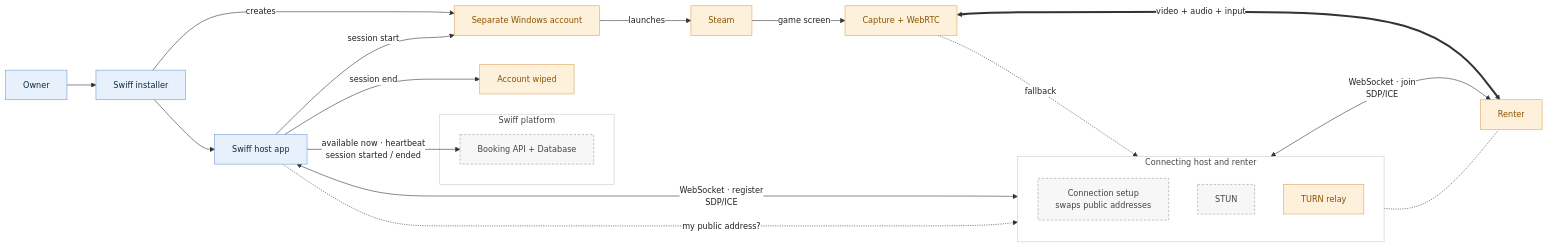
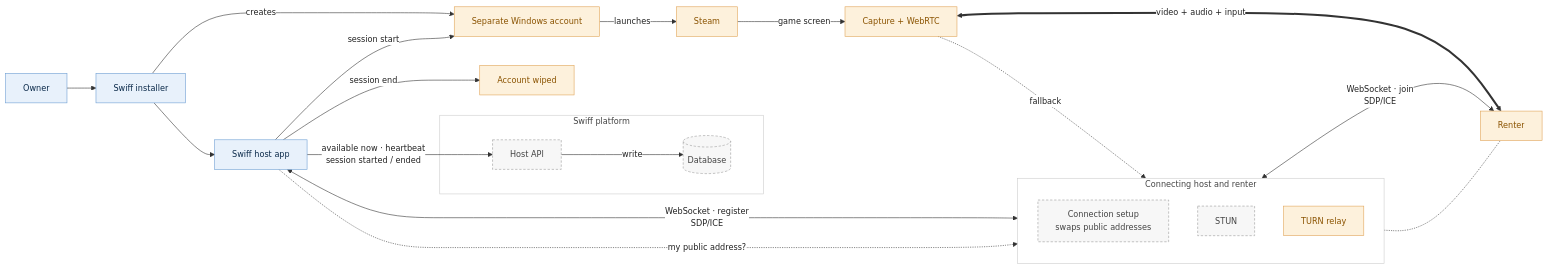
Before and after one commit to tomnotthomas/distributed_gaming: the diagram in docs/diagrams/host-isolation.mmd, drawn with Mermaid. The commit also changed 3 other files, not shown here.

First line of the commit message:
docs(diagrams): route the gaming PC through a Host API, not straight into the database

```diff
--- a/docs/diagrams/host-isolation.mmd
+++ b/docs/diagrams/host-isolation.mmd
@@ -1,64 +1,66 @@
 ---
 config:
   theme: base
   flowchart:
     curve: basis
     htmlLabels: true
   themeVariables:
     fontFamily: "Helvetica Neue, Helvetica, Arial, sans-serif"
     fontSize: 14px
     edgeLabelBackground: "#ffffff"
     lineColor: "#333333"
     primaryTextColor: "#222222"
   themeCSS: >-
     .edgeLabel, .edgeLabel p, .edgeLabel span, .labelBkg { background: #fff !important; background-color: #fff !important; }
     .edgeLabel p, .edgeLabel span { color: #555; font-size: 13px; }
     .edgeLabel rect { fill: #fff !important; opacity: 1 !important; }
     svg, text, span, p, div { font-family: "Helvetica Neue", Helvetica, Arial, sans-serif !important; }
 ---
 flowchart LR
   Owner["Owner"]
   Installer["Swiff installer"]
   HostApp["Swiff host app"]
   Account["Separate Windows account"]
   Steam["Steam"]
   Capture["Capture + WebRTC"]
   Wiped["Account wiped"]
   subgraph Platform["Swiff platform"]
-    API["Booking API + Database"]
+    API["Host API"]
+    DB[("Database")]
   end
   subgraph Connect["Connecting host and renter"]
     direction TB
     SIG["Connection setup<br/>swaps public addresses"]
     STUN
     TURN
   end
   STUN["STUN"]
   TURN["TURN relay"]
   Renter["Renter"]
 
   Owner --> Installer
   Installer -- "creates" --> Account
   Installer --> HostApp
   HostApp -- "session start" --> Account
   HostApp -- "session end" --> Wiped
   Account -- "launches" --> Steam
   Steam -- "game screen" --> Capture
   HostApp -- "available now · heartbeat<br/>session started / ended" --> API
+  API -- "write" --> DB
   HostApp <-- "WebSocket · register<br/>SDP/ICE" --> SIG
   SIG <-- "WebSocket · join<br/>SDP/ICE" --> Renter
   HostApp -. "my public address?" .-> STUN
   Capture -. "fallback" .-> TURN
   TURN -.- Renter
   Capture <== "video + audio + input" ==> Renter
 
   classDef owner fill:#e8f1fb,stroke:#6d9ed3,color:#0b2a4a
   classDef session fill:#fdf1dc,stroke:#e0a458,color:#8a5300
   classDef platform fill:#f7f7f7,stroke:#999,stroke-dasharray:4 3,color:#444
   class Owner,Installer,HostApp owner
   class Account,Steam,Capture,Wiped,Renter session
-  class API,SIG,STUN platform
+  class API,DB,SIG,STUN platform
   classDef turn fill:#fdf1dc,stroke:#e0a458,color:#8a5300
   class TURN turn
   style Platform fill:#ffffff,stroke:#ccc,color:#444
   style Connect fill:#ffffff,stroke:#ccc,color:#444
```
